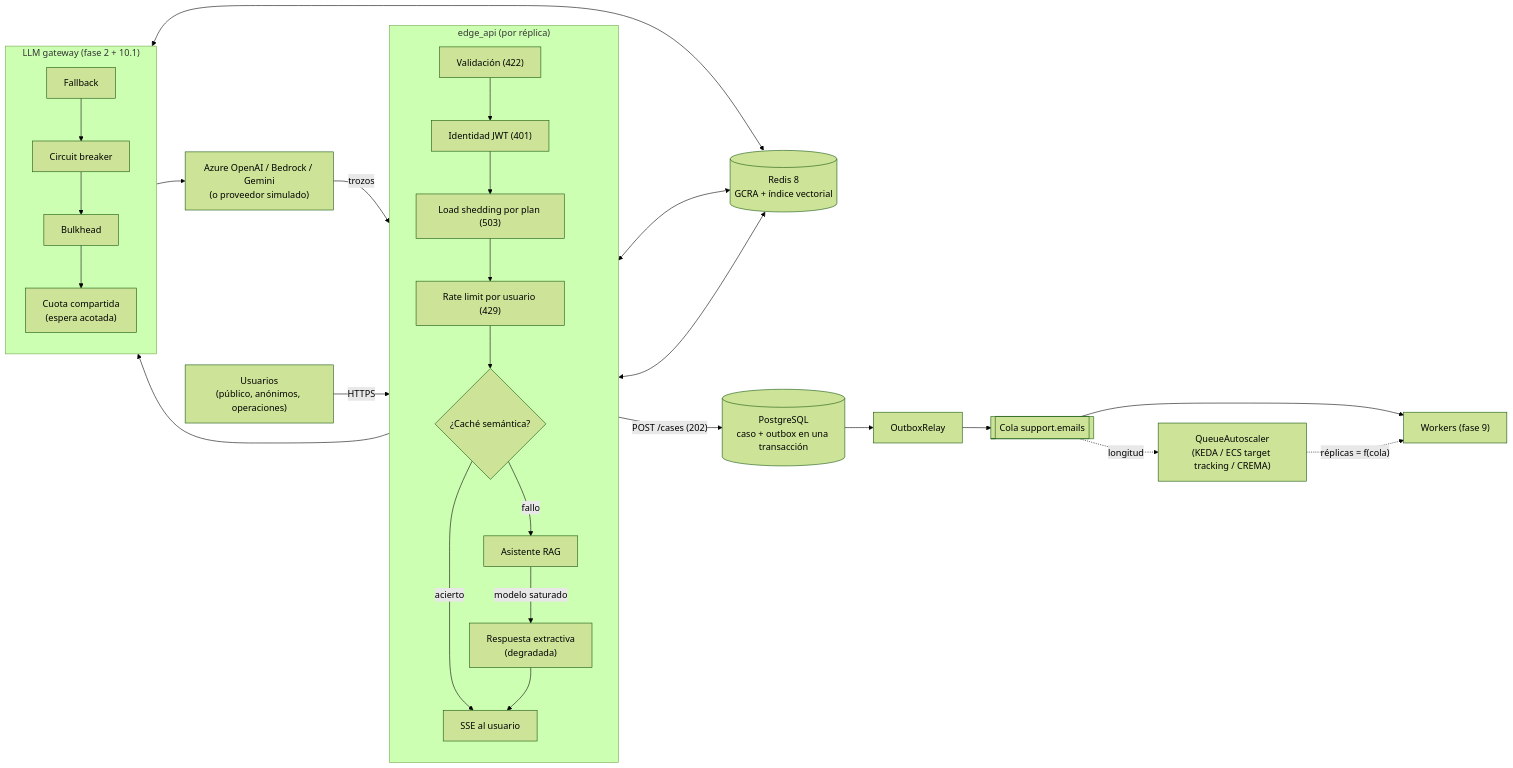
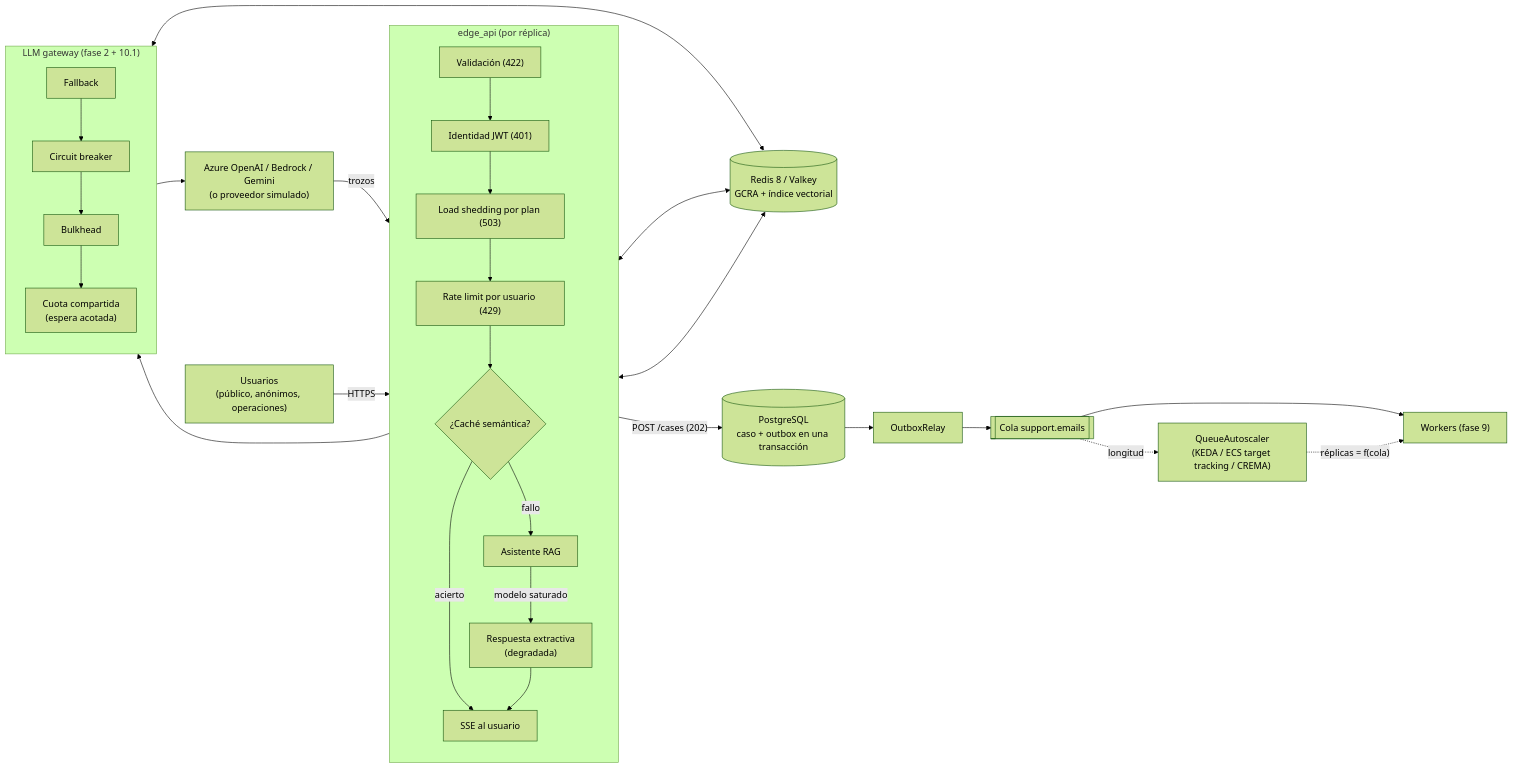
One commit to SergioVelmay/GenAI_PoCs changed the first of 3 diagrams in docs/fase-10-escala.md. Above: the diagram before and after it, drawn with Mermaid (forest theme). The commit also changed other lines of this file and 23 other files, not shown here.

````diff
--- a/docs/fase-10-escala.md
+++ b/docs/fase-10-escala.md
@@ -19,35 +20,35 @@
 ```mermaid
 flowchart LR
   U["Usuarios<br/>(público, anónimos, operaciones)"] -->|"HTTPS"| EDGE
 
   subgraph EDGE["edge_api (por réplica)"]
     direction TB
     V["Validación (422)"] --> ID["Identidad JWT (401)"]
     ID --> SH["Load shedding por plan (503)"]
     SH --> RL["Rate limit por usuario (429)"]
     RL --> C{"¿Caché semántica?"}
     C -->|"acierto"| SSE["SSE al usuario"]
     C -->|"fallo"| AS["Asistente RAG"]
     AS -->|"modelo saturado"| DEG["Respuesta extractiva<br/>(degradada)"]
     DEG --> SSE
   end
 
   subgraph GW["LLM gateway (fase 2 + 10.1)"]
     direction TB
     FB["Fallback"] --> BR["Circuit breaker"] --> BH["Bulkhead"] --> Q["Cuota compartida<br/>(espera acotada)"]
   end
 
   AS --> GW --> M["Azure OpenAI / Bedrock / Gemini<br/>(o proveedor simulado)"]
   M -->|"trozos"| SSE
 
-  R[("Redis 8<br/>GCRA + índice vectorial")]
+  R[("Redis 8 / Valkey<br/>GCRA + índice vectorial")]
   RL <--> R
   C <--> R
   Q <--> R
 
   EDGE -->|"POST /cases (202)"| PG[("PostgreSQL<br/>caso + outbox en una transacción")]
   PG --> RELAY["OutboxRelay"] --> MQ[["Cola support.emails"]]
   MQ --> W["Workers (fase 9)"]
   AUTO["QueueAutoscaler<br/>(KEDA / ECS target tracking / CREMA)"] -.->|"réplicas = f(cola)"| W
   MQ -.->|"longitud"| AUTO
 ```
````
